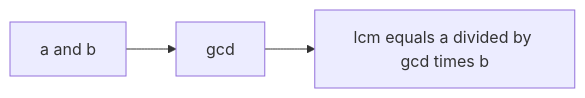
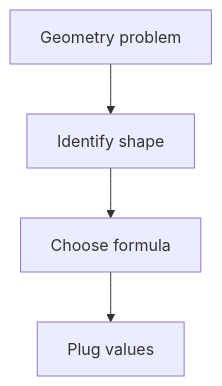
Before and after one commit to mthaiseer/springcloud-systemdesign-notes: diagram 13 of 14 in CP_DSA_NOTES/000_MATH/001_cp_maths_basics.md, drawn with Mermaid. The commit also changed other lines of this file and 1 other file, not shown here.

````diff
--- a/CP_DSA_NOTES/000_MATH/001_cp_maths_basics.md
+++ b/CP_DSA_NOTES/000_MATH/001_cp_maths_basics.md
@@ -694,5 +842,6 @@
 ```mermaid
-flowchart LR
-    A[a and b] --> B[gcd]
-    B --> C[lcm equals a divided by gcd times b]
+flowchart TD
+    A[Geometry problem] --> B[Identify shape]
+    B --> C[Choose formula]
+    C --> D[Plug values]
 ```
````
